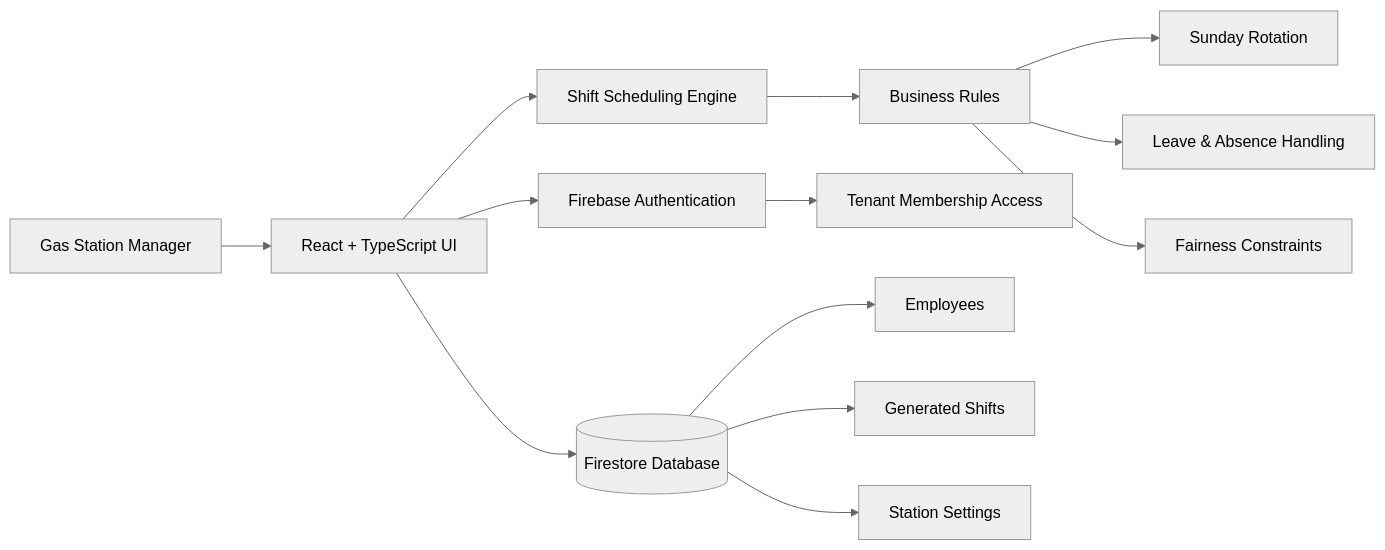
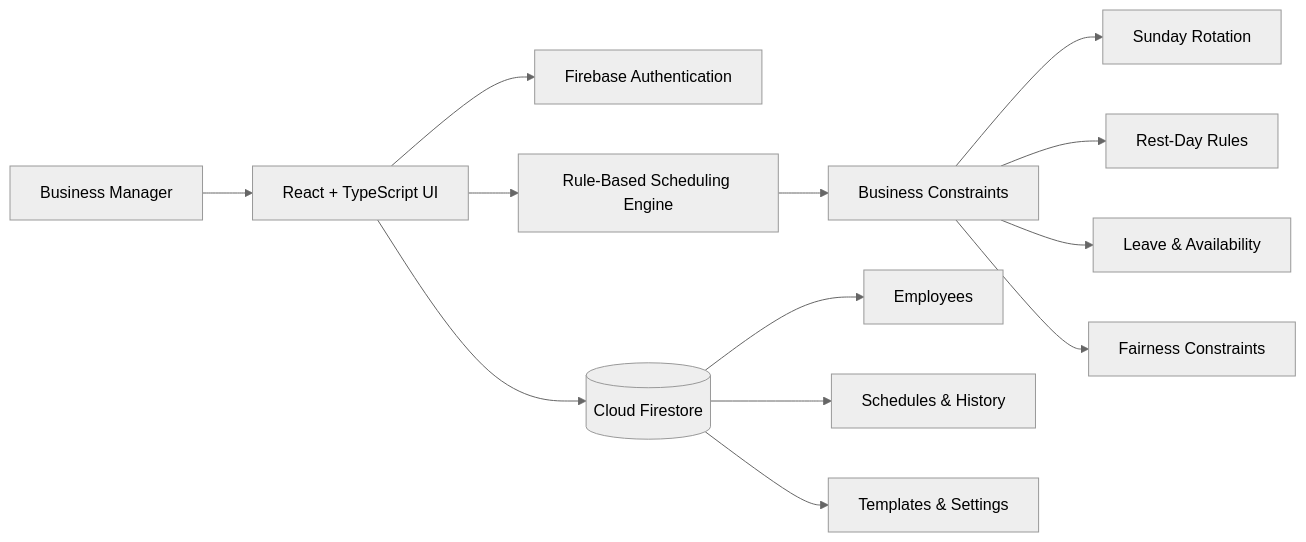
Before and after one commit to spandreou/spandreou: the third of 3 diagrams in README.md, drawn with Mermaid (neutral theme). The commit also changed other lines of this file, not shown here.

Commit message:
Update profile with HomeOps, ShiftFlow and AI automation focus

````diff
--- a/README.md
+++ b/README.md
@@ -152,15 +172,15 @@
 ```mermaid
 flowchart LR
-  Manager[Gas Station Manager] --> UI[React + TypeScript UI]
+  Manager[Business Manager] --> UI[React + TypeScript UI]
   UI --> Auth[Firebase Authentication]
-  UI --> Scheduler[Shift Scheduling Engine]
-  Scheduler --> Rules[Business Rules]
+  UI --> Scheduler[Rule-Based Scheduling Engine]
+  Scheduler --> Rules[Business Constraints]
   Rules --> Rotation[Sunday Rotation]
-  Rules --> Leaves[Leave & Absence Handling]
+  Rules --> Rest[Rest-Day Rules]
+  Rules --> Availability[Leave & Availability]
   Rules --> Fairness[Fairness Constraints]
-  UI --> Store[(Firestore Database)]
-  Auth --> Access[Tenant Membership Access]
+  UI --> Store[(Cloud Firestore)]
   Store --> Employees[Employees]
-  Store --> Shifts[Generated Shifts]
-  Store --> Settings[Station Settings]
+  Store --> Shifts[Schedules & History]
+  Store --> Settings[Templates & Settings]
 ```
````
